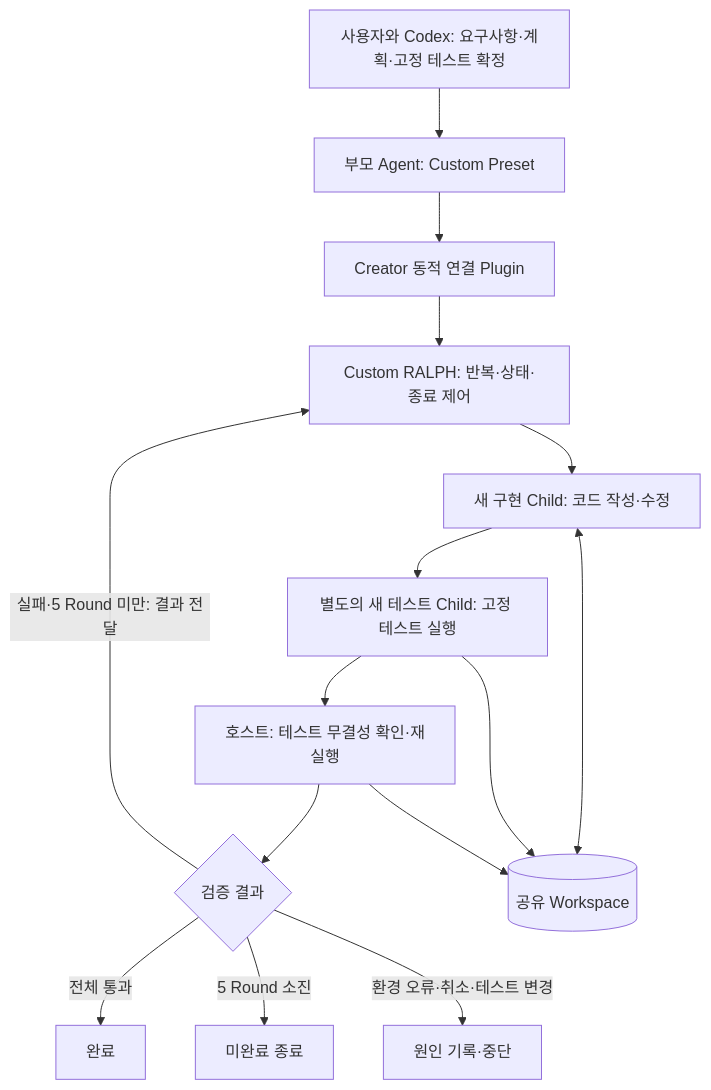
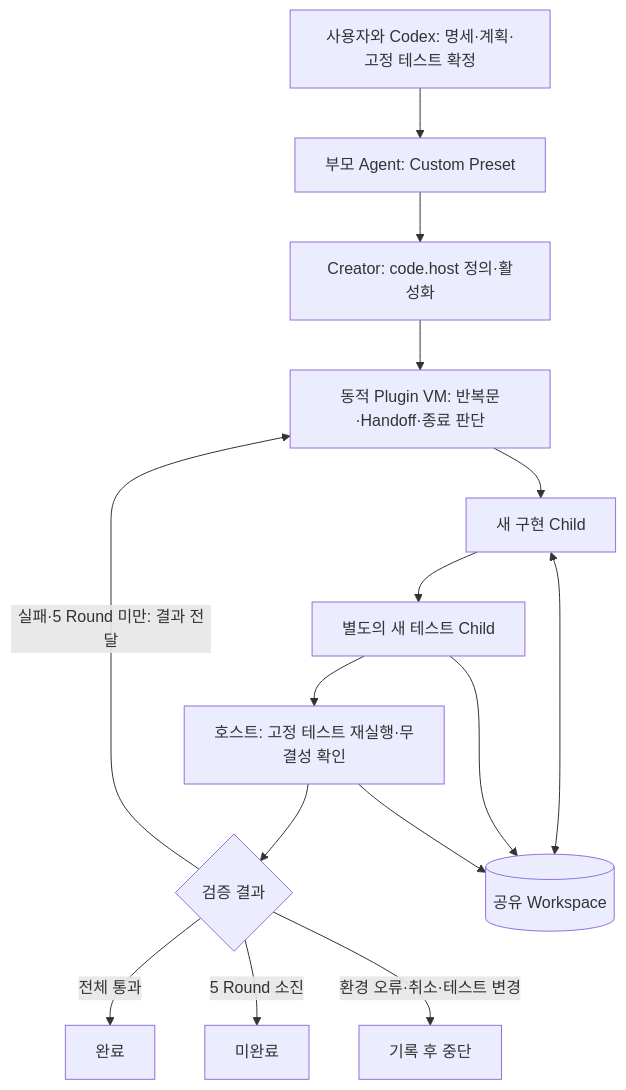
The diagram in workspace/week2/kimdahyeon977/result.md (Pseudo-Lab/All-About-Harness), drawn with Mermaid before and after one commit. The commit also changed other lines of this file and 35 other files, not shown here.

Commit message:
Run RALPH control inside Creator and prove two-round handoff

````diff
--- a/workspace/week2/kimdahyeon977/result.md
+++ b/workspace/week2/kimdahyeon977/result.md
@@ -15,17 +17,17 @@
 ```mermaid
 flowchart TD
-    U[사용자와 Codex: 요구사항·계획·고정 테스트 확정] --> P[부모 Agent: Custom Preset]
-    P --> C[Creator 동적 연결 Plugin]
-    C --> R[Custom RALPH: 반복·상태·종료 제어]
-    R --> I[새 구현 Child: 코드 작성·수정]
-    I --> T[별도의 새 테스트 Child: 고정 테스트 실행]
-    T --> H[호스트: 테스트 무결성 확인·재실행]
+    U[사용자와 Codex: 명세·계획·고정 테스트 확정] --> P[부모 Agent: Custom Preset]
+    P --> C[Creator: code.host 정의·활성화]
+    C --> R[동적 Plugin VM: 반복문·Handoff·종료 판단]
+    R --> I[새 구현 Child]
+    I --> T[별도의 새 테스트 Child]
+    T --> H[호스트: 고정 테스트 재실행·무결성 확인]
     H --> D{검증 결과}
     D -->|전체 통과| OK[완료]
     D -->|실패·5 Round 미만: 결과 전달| R
-    D -->|5 Round 소진| LIMIT[미완료 종료]
-    D -->|환경 오류·취소·테스트 변경| STOP[원인 기록·중단]
+    D -->|5 Round 소진| LIMIT[미완료]
+    D -->|환경 오류·취소·테스트 변경| STOP[기록 후 중단]
     I <--> W[(공유 Workspace)]
     T --> W
     H --> W
 ```
````
